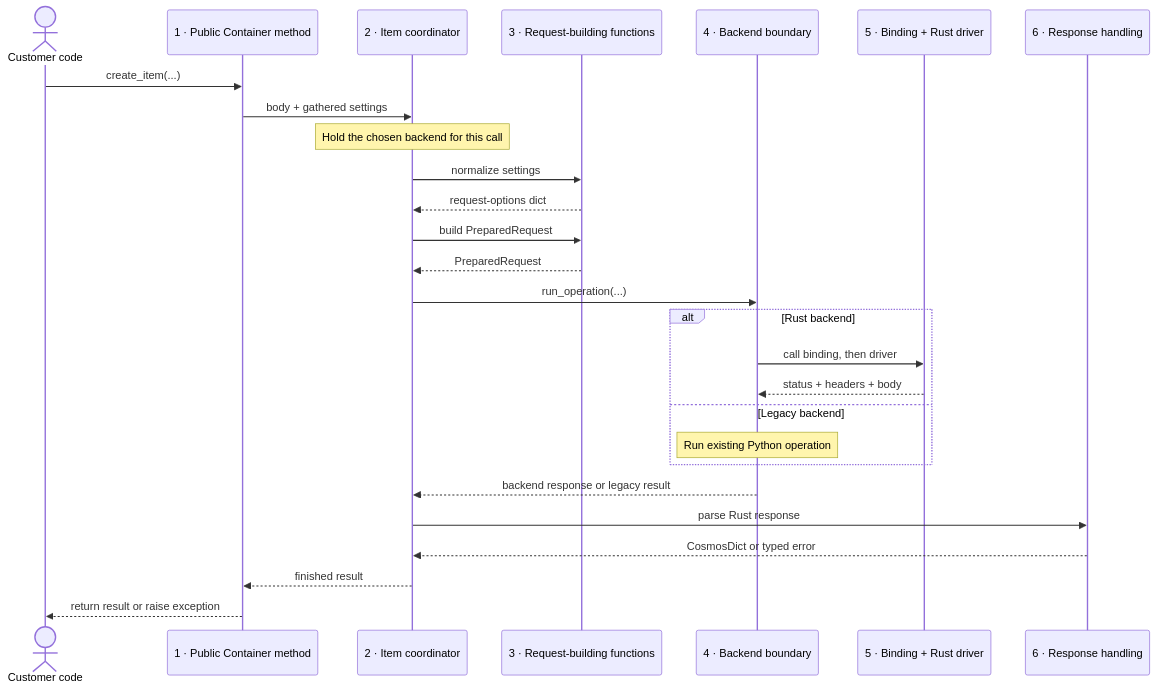
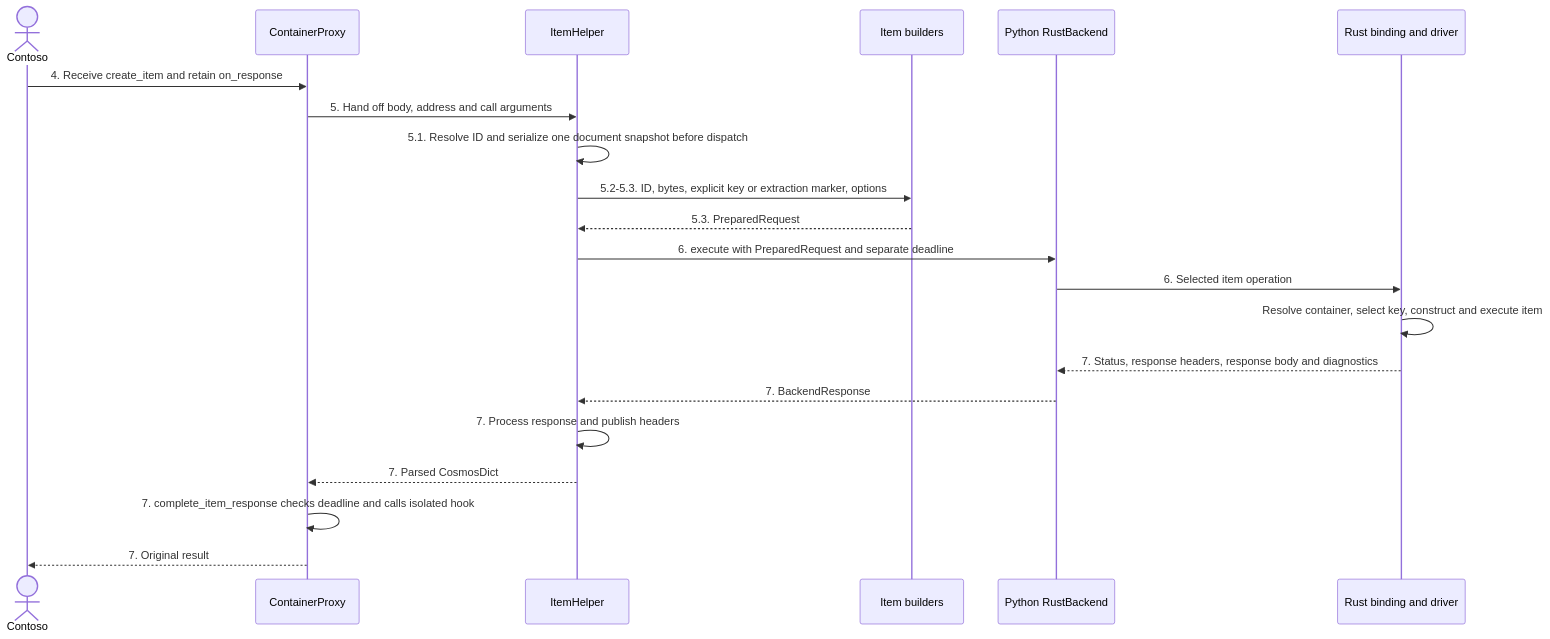
The diagram in sdk/cosmos/azure-cosmos/docs/request_flow.md (Azure/azure-sdk-for-python), drawn with Mermaid before and after one commit. The commit also changed other lines of this file and 280 other files, not shown here.

````diff
--- a/sdk/cosmos/azure-cosmos/docs/request_flow.md
+++ b/sdk/cosmos/azure-cosmos/docs/request_flow.md
@@ -82,33 +51,24 @@
 ```mermaid
 sequenceDiagram
-    actor C as Customer code
-    participant L1 as 1 · Public Container method
-    participant L2 as 2 · Item coordinator
-    participant L3 as 3 · Request-building functions
-    participant L4 as 4 · Backend boundary
-    participant L5 as 5 · Binding + Rust driver
-    participant L6 as 6 · Response handling
+    actor App as Contoso
+    participant Public as ContainerProxy
+    participant Helper as ItemHelper
+    participant Builder as Item builders
+    participant Backend as Python RustBackend
+    participant Binding as Rust binding and driver
 
-    C->>L1: create_item(...)
-    L1->>L2: body + gathered settings
-    Note over L2: Hold the chosen backend for this call
-
-    L2->>L3: normalize settings
-    L3-->>L2: request-options dict
-    L2->>L3: build PreparedRequest
-    L3-->>L2: PreparedRequest
-
-    L2->>L4: run_operation(...)
-    alt Rust backend
-        L4->>L5: call binding, then driver
-        L5-->>L4: status + headers + body
-    else Legacy backend
-        Note over L4: Run existing Python operation
-    end
-    L4-->>L2: backend response or legacy result
-
-    L2->>L6: parse Rust response
-    L6-->>L2: CosmosDict or typed error
-    L2-->>L1: finished result
-    L1-->>C: return result or raise exception
+    App->>Public: 4. Receive create_item and retain on_response
+    Public->>Helper: 5. Hand off body, address and call arguments
+    Helper->>Helper: 5.1. Resolve ID and serialize one document snapshot before dispatch
+    Helper->>Builder: 5.2-5.3. ID, bytes, explicit key or extraction marker, options
+    Builder-->>Helper: 5.3. PreparedRequest
+    Helper->>Backend: 6. execute with PreparedRequest and separate deadline
+    Backend->>Binding: 6. Selected item operation
+    Binding->>Binding: Resolve container, select key, construct and execute item
+    Binding-->>Backend: 7. Status, response headers, response body and diagnostics
+    Backend-->>Helper: 7. BackendResponse
+    Helper->>Helper: 7. Process response and publish headers
+    Helper-->>Public: 7. Parsed CosmosDict
+    Public->>Public: 7. complete_item_response checks deadline and calls isolated hook
+    Public-->>App: 7. Original result
 ```
````
